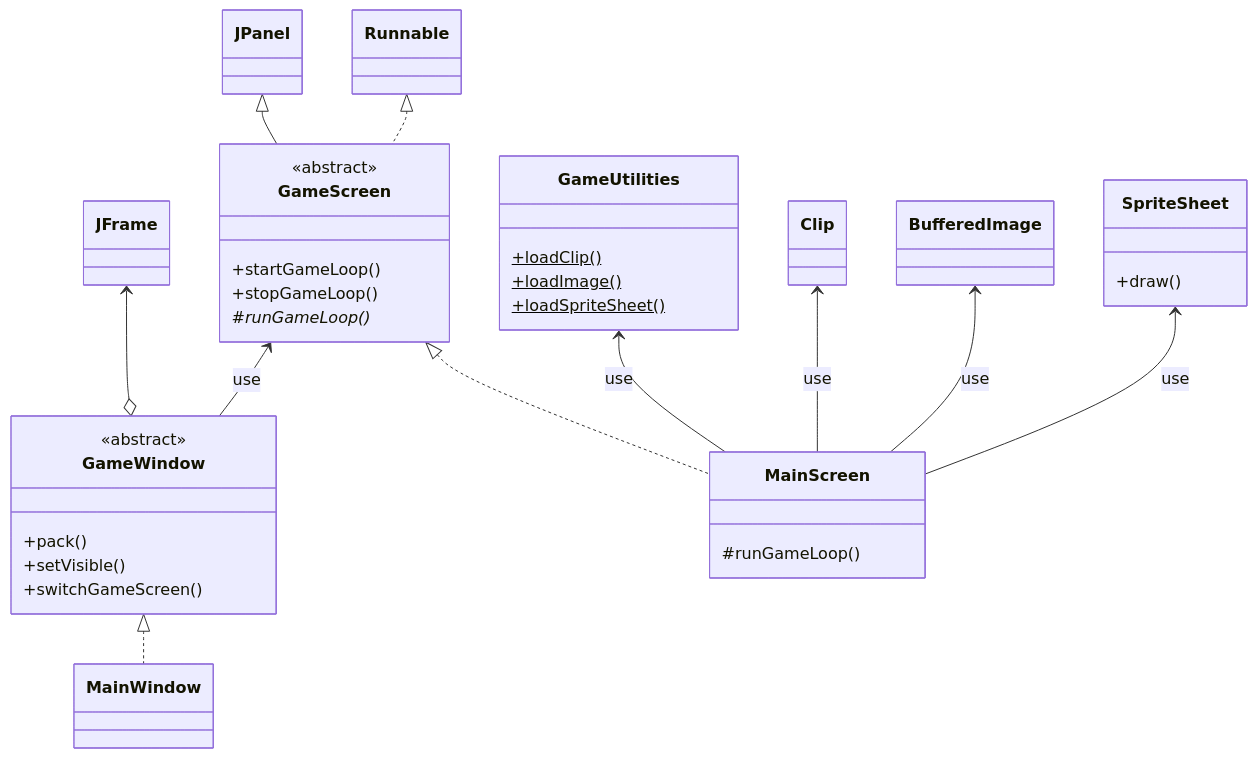
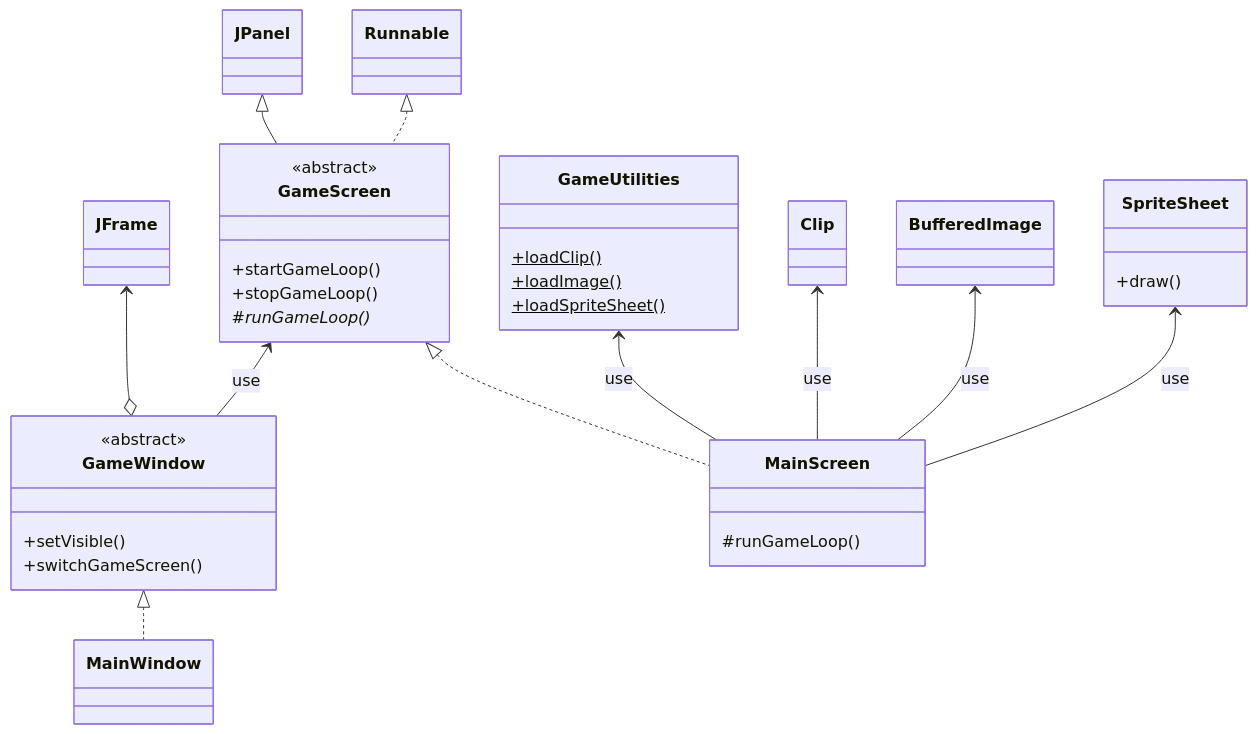
Before and after one commit to mpp0xdd/JGLib: the diagram in README.md, drawn with Mermaid. The commit also changed 1 other file, not shown here.

Commit message:
GameWindowのsetResizable(boolean)とpack()メソッドを削除

````diff
--- a/README.md
+++ b/README.md
@@ -3,36 +3,35 @@
 ```mermaid
 classDiagram
   JFrame <--o GameWindow
   JPanel <|-- GameScreen
   Runnable <|.. GameScreen
   GameWindow <|.. MainWindow
   GameScreen <|.. MainScreen
   GameScreen <-- GameWindow : use
   GameUtilities <-- MainScreen : use
   Clip <-- MainScreen :use
   BufferedImage <-- MainScreen : use
   SpriteSheet <-- MainScreen :use
   class GameWindow {
     <<abstract>>
-    +pack()
     +setVisible()
     +switchGameScreen()
   }
   class GameScreen {
     <<abstract>>
     +startGameLoop()
     +stopGameLoop()
     #runGameLoop()*
   }
   class MainScreen {
     #runGameLoop()
   }
   class GameUtilities {
     +loadClip()$
     +loadImage()$
     +loadSpriteSheet()$
   }
   class SpriteSheet {
     +draw()
   }
 ```
````
